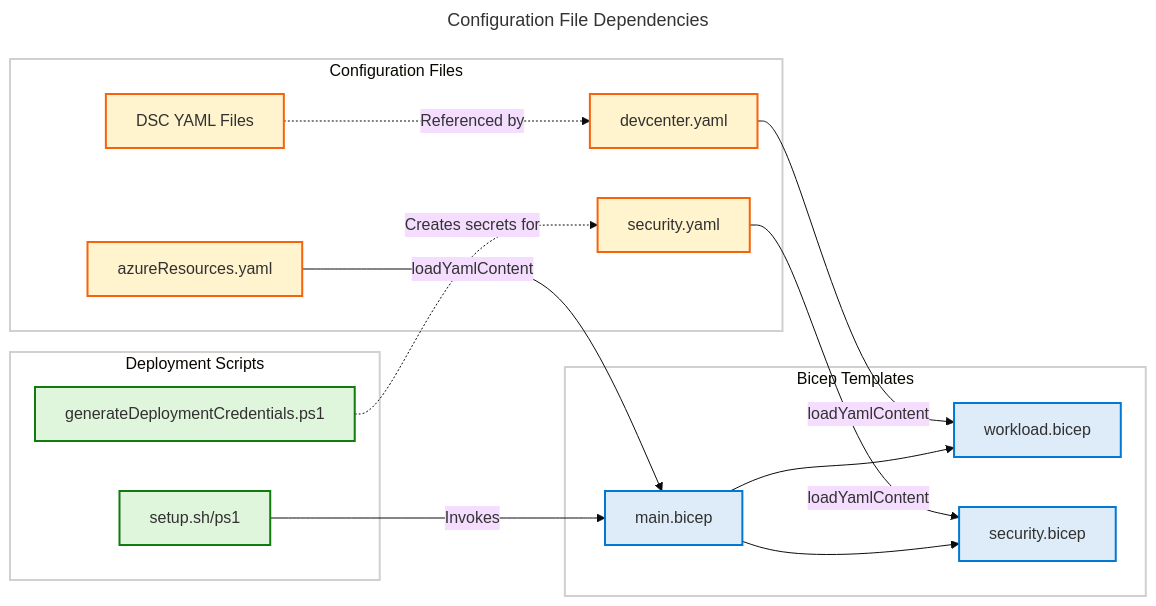
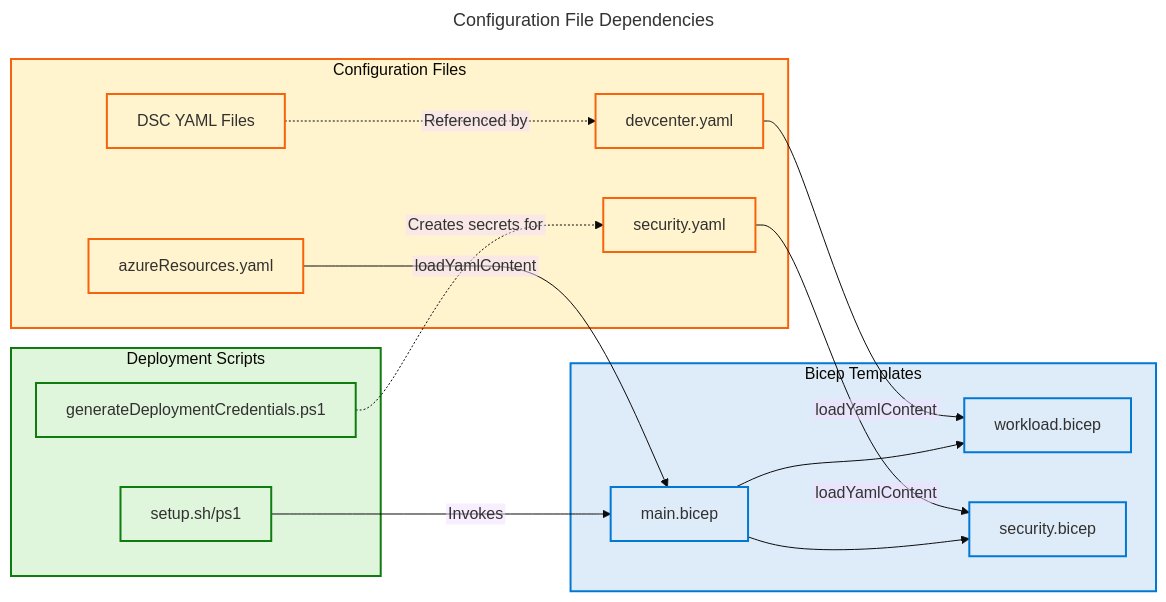
The fourth of 4 diagrams in docs/architecture/DevOps-Architecture.md (Evilazaro/DevExp-DevBox), drawn with Mermaid before and after one commit. The commit also changed other lines of this file and 2 other files, not shown here.

Commit message:
Update flowchart curve style from 'cardinal' to 'basis' in architecture documentation

````diff
--- a/docs/architecture/DevOps-Architecture.md
+++ b/docs/architecture/DevOps-Architecture.md
@@ -1261,54 +1432,74 @@
 ```mermaid
 ---
 title: Configuration File Dependencies
 config:
   theme: base
   themeVariables:
     fontSize: '16px'
+  flowchart:
+    htmlLabels: false
 ---
 flowchart LR
     accTitle: Configuration File Dependency Map
-    accDescr: Shows how YAML configuration files are consumed by Bicep and scripts
+    accDescr: Shows how YAML configuration files are consumed by Bicep templates and deployment scripts through loadYamlContent. WCAG AA compliant.
 
     subgraph ConfigFiles[Configuration Files]
         DC[devcenter.yaml]
         Sec[security.yaml]
         AR[azureResources.yaml]
         DSC[DSC YAML Files]
     end
 
     subgraph Bicep[Bicep Templates]
         MainB[main.bicep]
         WorkB[workload.bicep]
         SecB[security.bicep]
     end
 
     subgraph Scripts[Deployment Scripts]
         Setup[setup.sh/ps1]
         GenCreds[generateDeploymentCredentials.ps1]
     end
 
     DC -->|loadYamlContent| WorkB
     Sec -->|loadYamlContent| SecB
     AR -->|loadYamlContent| MainB
 
     DSC -.->|Referenced by| DC
 
     MainB --> WorkB
     MainB --> SecB
 
     Setup -->|Invokes| MainB
     GenCreds -.->|Creates secrets for| Sec
 
     classDef configNode fill:#FFF4CE,stroke:#F7630C,stroke-width:2px,color:#323130
     classDef bicepNode fill:#DEECF9,stroke:#0078D4,stroke-width:2px,color:#323130
     classDef scriptNode fill:#DFF6DD,stroke:#107C10,stroke-width:2px,color:#323130
 
     class DC,Sec,AR,DSC configNode
     class MainB,WorkB,SecB bicepNode
     class Setup,GenCreds scriptNode
 
-    style ConfigFiles fill:#FFFFFF,stroke:#D2D0CE,stroke-width:2px
-    style Bicep fill:#FFFFFF,stroke:#D2D0CE,stroke-width:2px
-    style Scripts fill:#FFFFFF,stroke:#D2D0CE,stroke-width:2px
+    %% Required classDef palette (ALL 14 - MANDATORY per MRM-D002)
+    classDef level1Group fill:#FFFFFF,stroke:#605E5C,stroke-width:3px,color:#323130
+    classDef level2Group fill:#F3F2F1,stroke:#605E5C,stroke-width:2px,color:#323130
+    classDef level3Group fill:#E1DFDD,stroke:#605E5C,stroke-width:2px,color:#323130
+    classDef level4Group fill:#D2D0CE,stroke:#605E5C,stroke-width:1px,color:#323130
+    classDef mainGroup fill:#FFFFFF,stroke:#605E5C,stroke-width:3px,color:#323130
+    classDef subGroup fill:#F3F2F1,stroke:#605E5C,stroke-width:2px,color:#323130
+    classDef azureBlue fill:#DEECF9,stroke:#004578,stroke-width:2px,color:#323130
+    classDef successGreen fill:#DFF6DD,stroke:#0B6A0B,stroke-width:2px,color:#323130
+    classDef errorRed fill:#FDE7E9,stroke:#A4262C,stroke-width:2px,color:#323130
+    classDef sharedYellow fill:#FFF4CE,stroke:#986F0B,stroke-width:2px,color:#323130
+    classDef warningOrange fill:#FDE7E9,stroke:#8A3707,stroke-width:2px,color:#323130
+    classDef neutralPurple fill:#E1DFDD,stroke:#5B5FC7,stroke-width:2px,color:#323130
+    classDef presenceTeal fill:#C8F0E7,stroke:#00666B,stroke-width:2px,color:#323130
+    classDef neutralGrey fill:#F3F2F1,stroke:#605E5C,stroke-width:2px,color:#323130
+
+    %% Subgraph styling (3 subgraphs = 3 style directives)
+    %% CRITICAL: Functional siblings use semantic colors matching content purpose
+    style ConfigFiles fill:#FFF4CE,stroke:#F7630C,stroke-width:2px
+    style Bicep fill:#DEECF9,stroke:#0078D4,stroke-width:2px
+    style Scripts fill:#DFF6DD,stroke:#107C10,stroke-width:2px
 ```
````
